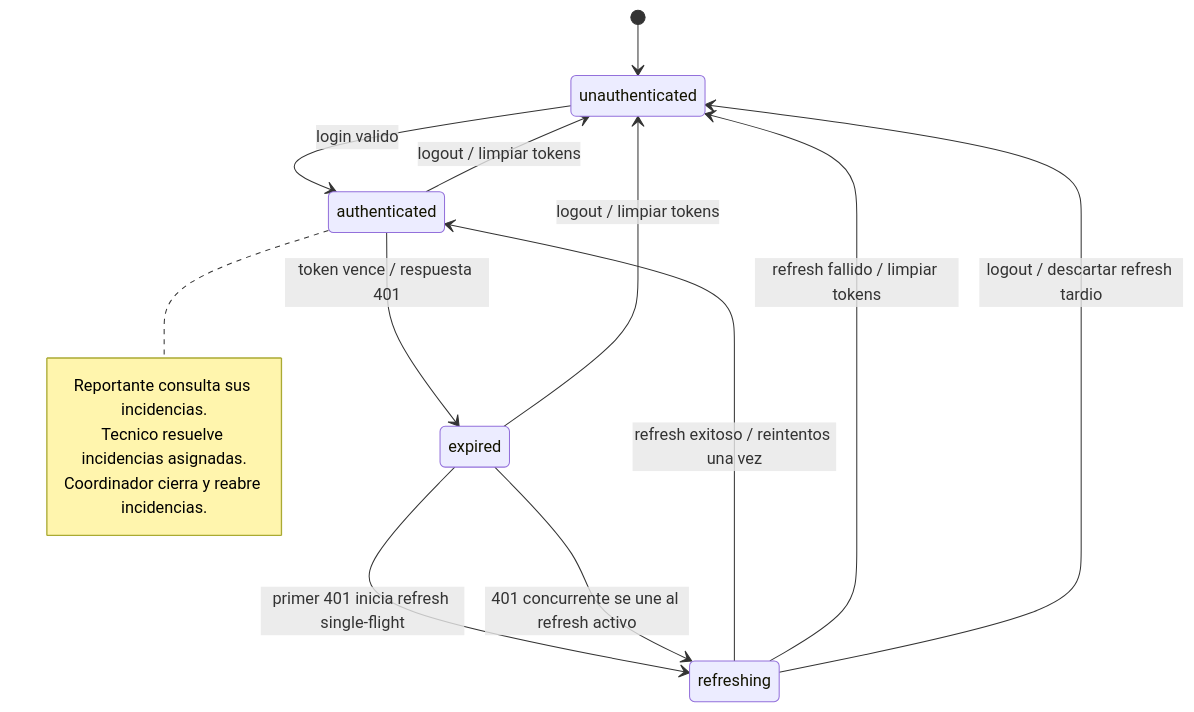
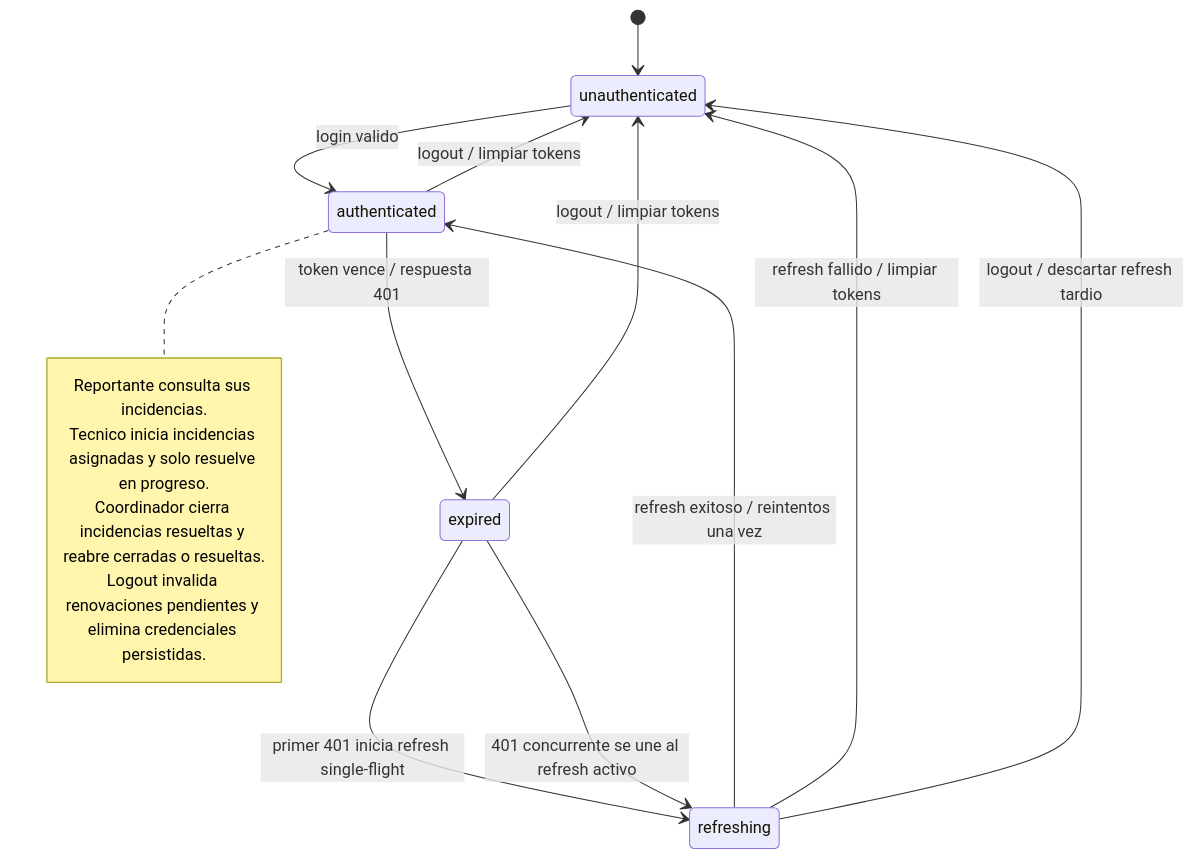
The diagram in docs/session-state-machine.mmd (Felixgarciaf/DMI-Equipo5-), drawn with Mermaid before and after one commit. The commit also changed 11 other files, not shown here.

```diff
--- a/docs/session-state-machine.mmd
+++ b/docs/session-state-machine.mmd
@@ -1,17 +1,18 @@
 stateDiagram-v2
   [*] --> unauthenticated
   unauthenticated --> authenticated: login valido
   authenticated --> expired: token vence / respuesta 401
   expired --> refreshing: primer 401 inicia refresh single-flight
   expired --> refreshing: 401 concurrente se une al refresh activo
   refreshing --> authenticated: refresh exitoso / reintentos una vez
   refreshing --> unauthenticated: refresh fallido / limpiar tokens
   authenticated --> unauthenticated: logout / limpiar tokens
   expired --> unauthenticated: logout / limpiar tokens
   refreshing --> unauthenticated: logout / descartar refresh tardio
 
   note right of authenticated
     Reportante consulta sus incidencias.
-    Tecnico resuelve incidencias asignadas.
-    Coordinador cierra y reabre incidencias.
+    Tecnico inicia incidencias asignadas y solo resuelve en progreso.
+    Coordinador cierra incidencias resueltas y reabre cerradas o resueltas.
+    Logout invalida renovaciones pendientes y elimina credenciales persistidas.
   end note
```
